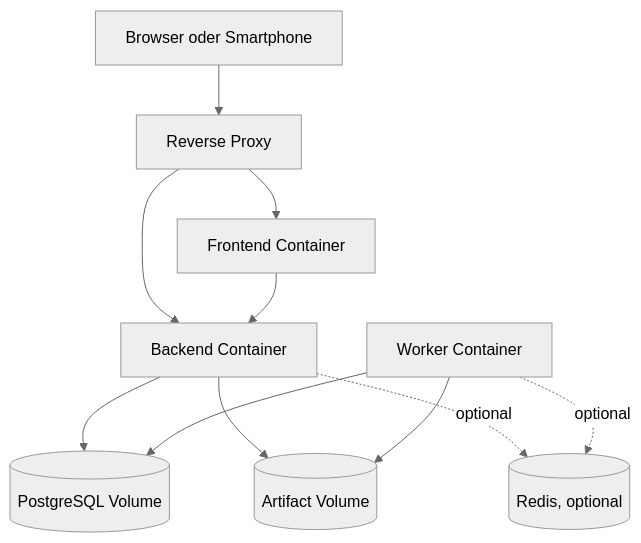
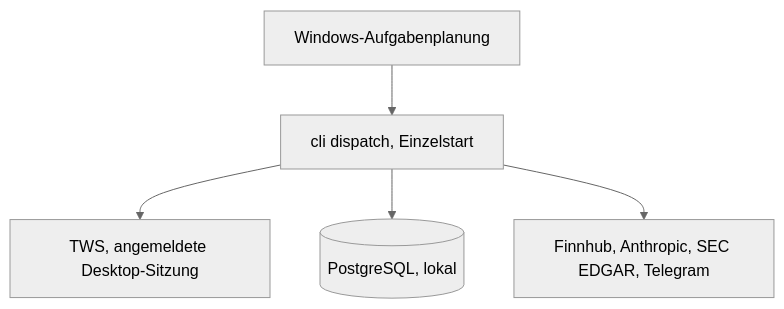
The sixth of 7 diagrams in docs/10 - System Architecture.md (thommson92/ai-trading-analyst), drawn with Mermaid (neutral theme) before and after one commit. The commit also changed other lines of this file and 3 other files, not shown here.

````diff
--- a/docs/10 - System Architecture.md
+++ b/docs/10 - System Architecture.md
@@ -1355,22 +1361,13 @@
 ```mermaid
 flowchart TD
-    CLIENT[Browser oder Smartphone]
-    PROXY[Reverse Proxy]
-    FRONTEND[Frontend Container]
-    BACKEND[Backend Container]
-    WORKER[Worker Container]
-    POSTGRES[(PostgreSQL Volume)]
-    REDIS[(Redis, optional)]
-    STORAGE[(Artifact Volume)]
+    SCHEDULER[Windows-Aufgabenplanung]
+    CLI[cli dispatch, Einzelstart]
+    TWS[TWS, angemeldete Desktop-Sitzung]
+    POSTGRES[(PostgreSQL, lokal)]
+    EXTERN[Finnhub, Anthropic, SEC EDGAR, Telegram]
 
-    CLIENT --> PROXY
-    PROXY --> FRONTEND
-    PROXY --> BACKEND
-    FRONTEND --> BACKEND
-    BACKEND --> POSTGRES
-    WORKER --> POSTGRES
-    BACKEND --> STORAGE
-    WORKER --> STORAGE
-    BACKEND -. optional .-> REDIS
-    WORKER -. optional .-> REDIS
+    SCHEDULER --> CLI
+    CLI --> TWS
+    CLI --> POSTGRES
+    CLI --> EXTERN
 ```
````
